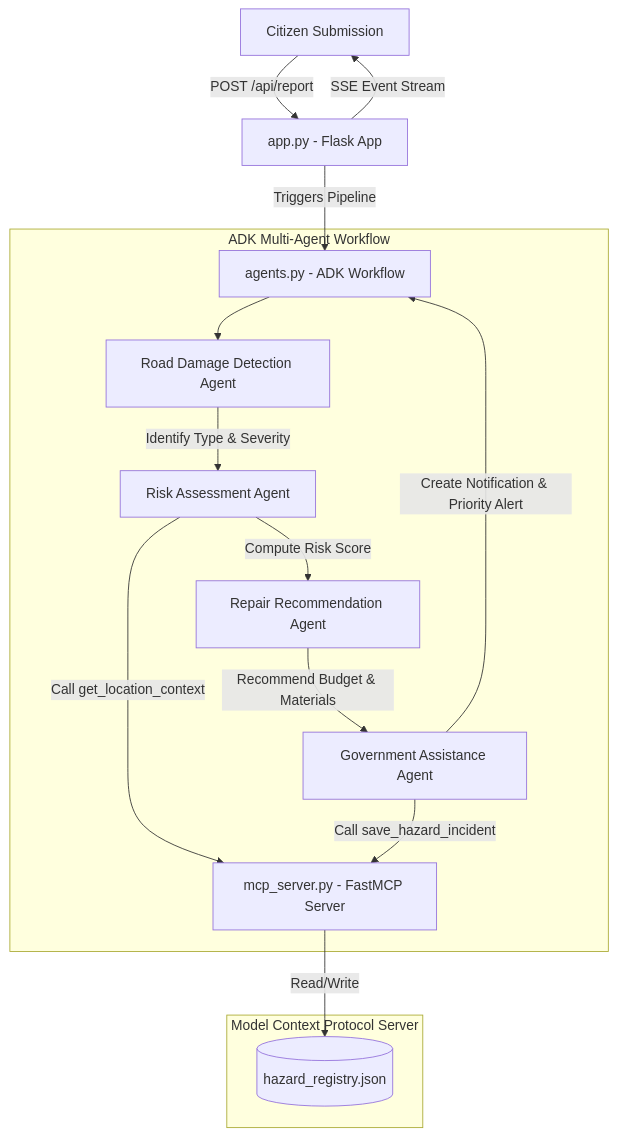
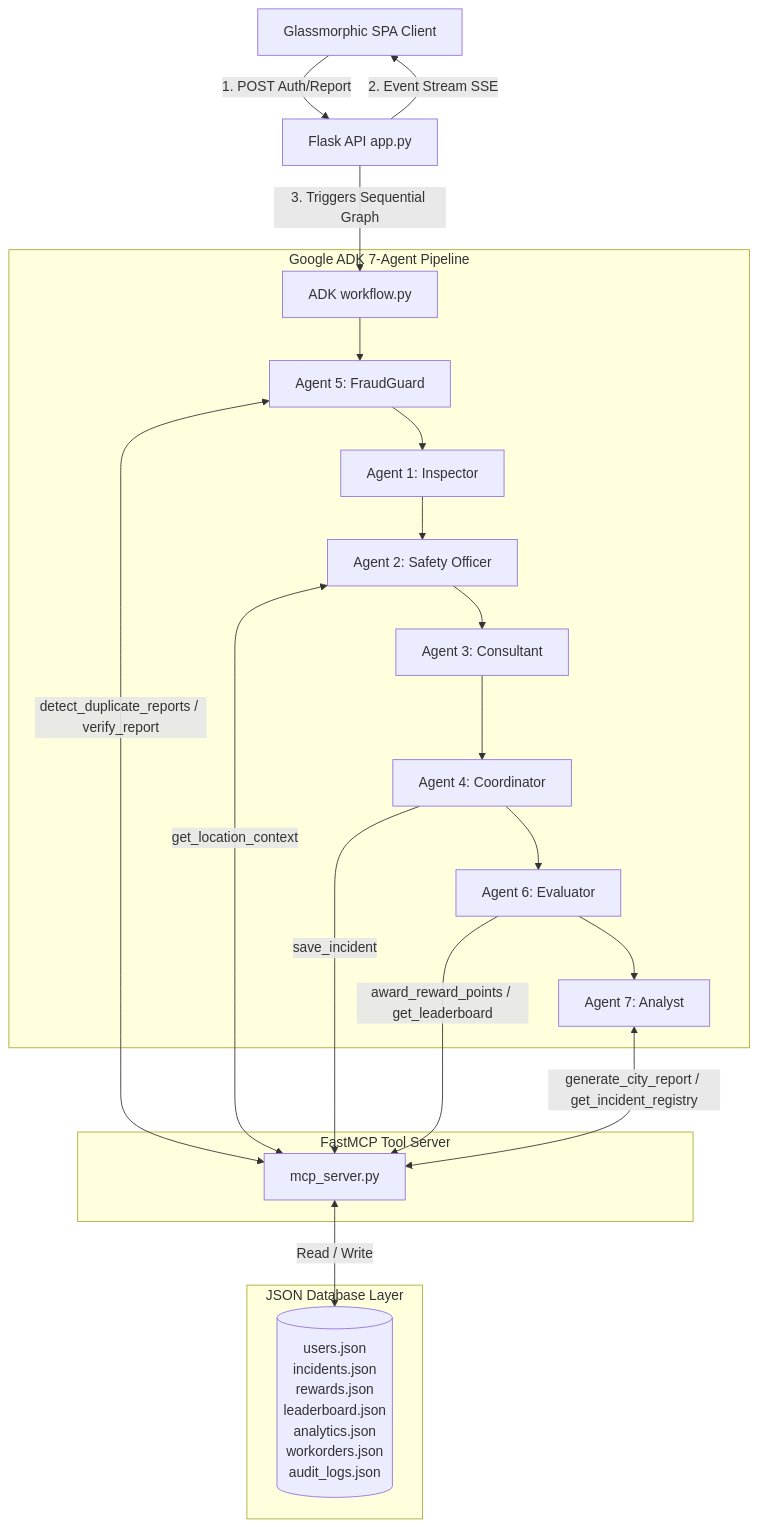
One commit to lokesh-061106/Civic-Guard-AI changed the diagram in README.md. Above: the diagram before and after it, drawn with Mermaid. The commit also changed other lines of this file and 18 other files, not shown here.

Commit message:
Complete CivicGuard AI: 7-agent civic intelligence platform implementation

````diff
--- a/README.md
+++ b/README.md
@@ -17,21 +31,32 @@
 ```mermaid
 graph TD
-    Citizen[Citizen Submission] -->|POST /api/report| App[app.py - Flask App]
-    App -->|SSE Event Stream| Citizen
-    App -->|Triggers Pipeline| Orchestrator[agents.py - ADK Workflow]
+    Citizen[Glassmorphic SPA Client] -->|1. POST Auth/Report| Flask[Flask API app.py]
+    Flask -->|2. Event Stream SSE| Citizen
+    Flask -->|3. Triggers Sequential Graph| ADK[ADK workflow.py]
     
-    subgraph ADK Multi-Agent Workflow
-        Orchestrator --> DamageAgent[Road Damage Detection Agent]
-        DamageAgent -->|Identify Type & Severity| RiskAgent[Risk Assessment Agent]
-        RiskAgent -->|Call get_location_context| MCPServer
-        RiskAgent -->|Compute Risk Score| RepairAgent[Repair Recommendation Agent]
-        RepairAgent -->|Recommend Budget & Materials| GovAgent[Government Assistance Agent]
-        GovAgent -->|Call save_hazard_incident| MCPServer
-        GovAgent -->|Create Notification & Priority Alert| Orchestrator
+    subgraph Google ADK 7-Agent Pipeline
+        ADK --> Fraud[Agent 5: FraudGuard]
+        Fraud --> Inspect[Agent 1: Inspector]
+        Inspect --> Safety[Agent 2: Safety Officer]
+        Safety --> Eng[Agent 3: Consultant]
+        Eng --> Coord[Agent 4: Coordinator]
+        Coord --> Eval[Agent 6: Evaluator]
+        Eval --> Analyst[Agent 7: Analyst]
+    end
+
+    subgraph FastMCP Tool Server
+        MCPS[mcp_server.py]
     end
     
-    subgraph Model Context Protocol Server
-        MCPServer[mcp_server.py - FastMCP Server]
-        MCPServer -->|Read/Write| DB[(hazard_registry.json)]
+    subgraph JSON Database Layer
+        DB[(users.json<br/>incidents.json<br/>rewards.json<br/>leaderboard.json<br/>analytics.json<br/>workorders.json<br/>audit_logs.json)]
     end
+
+    Fraud <-->|detect_duplicate_reports / verify_report| MCPS
+    Safety <-->|get_location_context| MCPS
+    Coord -->|save_incident| MCPS
+    Eval -->|award_reward_points / get_leaderboard| MCPS
+    Analyst <-->|generate_city_report / get_incident_registry| MCPS
+    
+    MCPS <-->|Read / Write| DB
 ```
````
